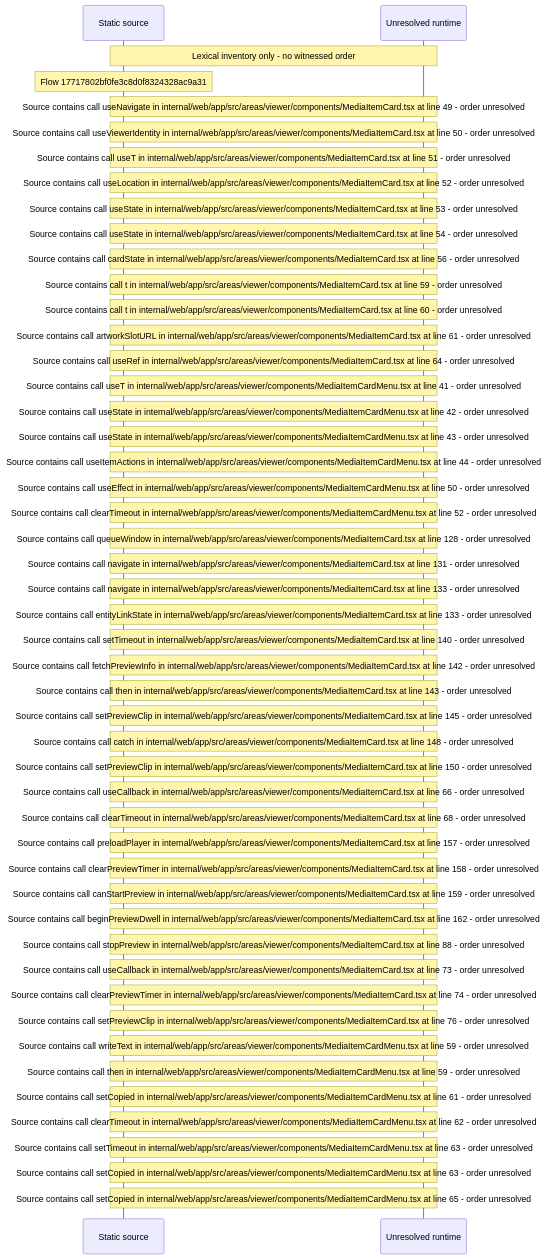
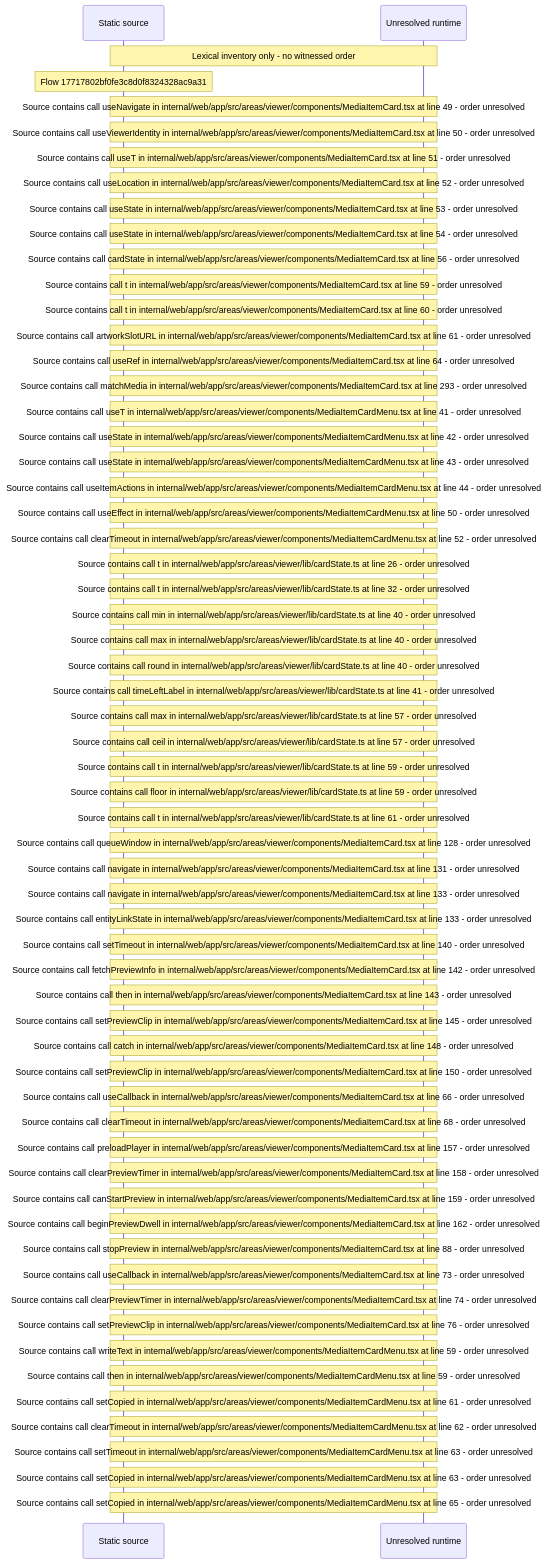
Before and after one commit to beamfall/core: the diagram in docs/web/flows/generated/17717802bf0fe3c8d0f8324328ac9a31/flow-diagram.md, drawn with Mermaid. The commit also changed other lines of this file and 699 other files, not shown here.

Commit message:
Regenerate the web flow record with flow generator version 5

````diff
--- a/docs/web/flows/generated/17717802bf0fe3c8d0f8324328ac9a31/flow-diagram.md
+++ b/docs/web/flows/generated/17717802bf0fe3c8d0f8324328ac9a31/flow-diagram.md
@@ -10,51 +10,63 @@
 ```mermaid
 sequenceDiagram
     participant S as Static source
     participant U as Unresolved runtime
     Note over S,U: Lexical inventory only - no witnessed order
     Note over S: Flow 17717802bf0fe3c8d0f8324328ac9a31
     Note over S,U: Source contains call useNavigate in internal/web/app/src/areas/viewer/components/MediaItemCard.tsx at line 49 - order unresolved
     Note over S,U: Source contains call useViewerIdentity in internal/web/app/src/areas/viewer/components/MediaItemCard.tsx at line 50 - order unresolved
     Note over S,U: Source contains call useT in internal/web/app/src/areas/viewer/components/MediaItemCard.tsx at line 51 - order unresolved
     Note over S,U: Source contains call useLocation in internal/web/app/src/areas/viewer/components/MediaItemCard.tsx at line 52 - order unresolved
     Note over S,U: Source contains call useState in internal/web/app/src/areas/viewer/components/MediaItemCard.tsx at line 53 - order unresolved
     Note over S,U: Source contains call useState in internal/web/app/src/areas/viewer/components/MediaItemCard.tsx at line 54 - order unresolved
     Note over S,U: Source contains call cardState in internal/web/app/src/areas/viewer/components/MediaItemCard.tsx at line 56 - order unresolved
     Note over S,U: Source contains call t in internal/web/app/src/areas/viewer/components/MediaItemCard.tsx at line 59 - order unresolved
     Note over S,U: Source contains call t in internal/web/app/src/areas/viewer/components/MediaItemCard.tsx at line 60 - order unresolved
     Note over S,U: Source contains call artworkSlotURL in internal/web/app/src/areas/viewer/components/MediaItemCard.tsx at line 61 - order unresolved
     Note over S,U: Source contains call useRef in internal/web/app/src/areas/viewer/components/MediaItemCard.tsx at line 64 - order unresolved
+    Note over S,U: Source contains call matchMedia in internal/web/app/src/areas/viewer/components/MediaItemCard.tsx at line 293 - order unresolved
     Note over S,U: Source contains call useT in internal/web/app/src/areas/viewer/components/MediaItemCardMenu.tsx at line 41 - order unresolved
     Note over S,U: Source contains call useState in internal/web/app/src/areas/viewer/components/MediaItemCardMenu.tsx at line 42 - order unresolved
     Note over S,U: Source contains call useState in internal/web/app/src/areas/viewer/components/MediaItemCardMenu.tsx at line 43 - order unresolved
     Note over S,U: Source contains call useItemActions in internal/web/app/src/areas/viewer/components/MediaItemCardMenu.tsx at line 44 - order unresolved
     Note over S,U: Source contains call useEffect in internal/web/app/src/areas/viewer/components/MediaItemCardMenu.tsx at line 50 - order unresolved
     Note over S,U: Source contains call clearTimeout in internal/web/app/src/areas/viewer/components/MediaItemCardMenu.tsx at line 52 - order unresolved
+    Note over S,U: Source contains call t in internal/web/app/src/areas/viewer/lib/cardState.ts at line 26 - order unresolved
+    Note over S,U: Source contains call t in internal/web/app/src/areas/viewer/lib/cardState.ts at line 32 - order unresolved
+    Note over S,U: Source contains call min in internal/web/app/src/areas/viewer/lib/cardState.ts at line 40 - order unresolved
+    Note over S,U: Source contains call max in internal/web/app/src/areas/viewer/lib/cardState.ts at line 40 - order unresolved
+    Note over S,U: Source contains call round in internal/web/app/src/areas/viewer/lib/cardState.ts at line 40 - order unresolved
+    Note over S,U: Source contains call timeLeftLabel in internal/web/app/src/areas/viewer/lib/cardState.ts at line 41 - order unresolved
+    Note over S,U: Source contains call max in internal/web/app/src/areas/viewer/lib/cardState.ts at line 57 - order unresolved
+    Note over S,U: Source contains call ceil in internal/web/app/src/areas/viewer/lib/cardState.ts at line 57 - order unresolved
+    Note over S,U: Source contains call t in internal/web/app/src/areas/viewer/lib/cardState.ts at line 59 - order unresolved
+    Note over S,U: Source contains call floor in internal/web/app/src/areas/viewer/lib/cardState.ts at line 59 - order unresolved
+    Note over S,U: Source contains call t in internal/web/app/src/areas/viewer/lib/cardState.ts at line 61 - order unresolved
     Note over S,U: Source contains call queueWindow in internal/web/app/src/areas/viewer/components/MediaItemCard.tsx at line 128 - order unresolved
     Note over S,U: Source contains call navigate in internal/web/app/src/areas/viewer/components/MediaItemCard.tsx at line 131 - order unresolved
     Note over S,U: Source contains call navigate in internal/web/app/src/areas/viewer/components/MediaItemCard.tsx at line 133 - order unresolved
     Note over S,U: Source contains call entityLinkState in internal/web/app/src/areas/viewer/components/MediaItemCard.tsx at line 133 - order unresolved
     Note over S,U: Source contains call setTimeout in internal/web/app/src/areas/viewer/components/MediaItemCard.tsx at line 140 - order unresolved
     Note over S,U: Source contains call fetchPreviewInfo in internal/web/app/src/areas/viewer/components/MediaItemCard.tsx at line 142 - order unresolved
     Note over S,U: Source contains call then in internal/web/app/src/areas/viewer/components/MediaItemCard.tsx at line 143 - order unresolved
     Note over S,U: Source contains call setPreviewClip in internal/web/app/src/areas/viewer/components/MediaItemCard.tsx at line 145 - order unresolved
     Note over S,U: Source contains call catch in internal/web/app/src/areas/viewer/components/MediaItemCard.tsx at line 148 - order unresolved
     Note over S,U: Source contains call setPreviewClip in internal/web/app/src/areas/viewer/components/MediaItemCard.tsx at line 150 - order unresolved
     Note over S,U: Source contains call useCallback in internal/web/app/src/areas/viewer/components/MediaItemCard.tsx at line 66 - order unresolved
     Note over S,U: Source contains call clearTimeout in internal/web/app/src/areas/viewer/components/MediaItemCard.tsx at line 68 - order unresolved
     Note over S,U: Source contains call preloadPlayer in internal/web/app/src/areas/viewer/components/MediaItemCard.tsx at line 157 - order unresolved
     Note over S,U: Source contains call clearPreviewTimer in internal/web/app/src/areas/viewer/components/MediaItemCard.tsx at line 158 - order unresolved
     Note over S,U: Source contains call canStartPreview in internal/web/app/src/areas/viewer/components/MediaItemCard.tsx at line 159 - order unresolved
     Note over S,U: Source contains call beginPreviewDwell in internal/web/app/src/areas/viewer/components/MediaItemCard.tsx at line 162 - order unresolved
     Note over S,U: Source contains call stopPreview in internal/web/app/src/areas/viewer/components/MediaItemCard.tsx at line 88 - order unresolved
     Note over S,U: Source contains call useCallback in internal/web/app/src/areas/viewer/components/MediaItemCard.tsx at line 73 - order unresolved
     Note over S,U: Source contains call clearPreviewTimer in internal/web/app/src/areas/viewer/components/MediaItemCard.tsx at line 74 - order unresolved
     Note over S,U: Source contains call setPreviewClip in internal/web/app/src/areas/viewer/components/MediaItemCard.tsx at line 76 - order unresolved
     Note over S,U: Source contains call writeText in internal/web/app/src/areas/viewer/components/MediaItemCardMenu.tsx at line 59 - order unresolved
     Note over S,U: Source contains call then in internal/web/app/src/areas/viewer/components/MediaItemCardMenu.tsx at line 59 - order unresolved
     Note over S,U: Source contains call setCopied in internal/web/app/src/areas/viewer/components/MediaItemCardMenu.tsx at line 61 - order unresolved
     Note over S,U: Source contains call clearTimeout in internal/web/app/src/areas/viewer/components/MediaItemCardMenu.tsx at line 62 - order unresolved
     Note over S,U: Source contains call setTimeout in internal/web/app/src/areas/viewer/components/MediaItemCardMenu.tsx at line 63 - order unresolved
     Note over S,U: Source contains call setCopied in internal/web/app/src/areas/viewer/components/MediaItemCardMenu.tsx at line 63 - order unresolved
     Note over S,U: Source contains call setCopied in internal/web/app/src/areas/viewer/components/MediaItemCardMenu.tsx at line 65 - order unresolved
 ```
````
